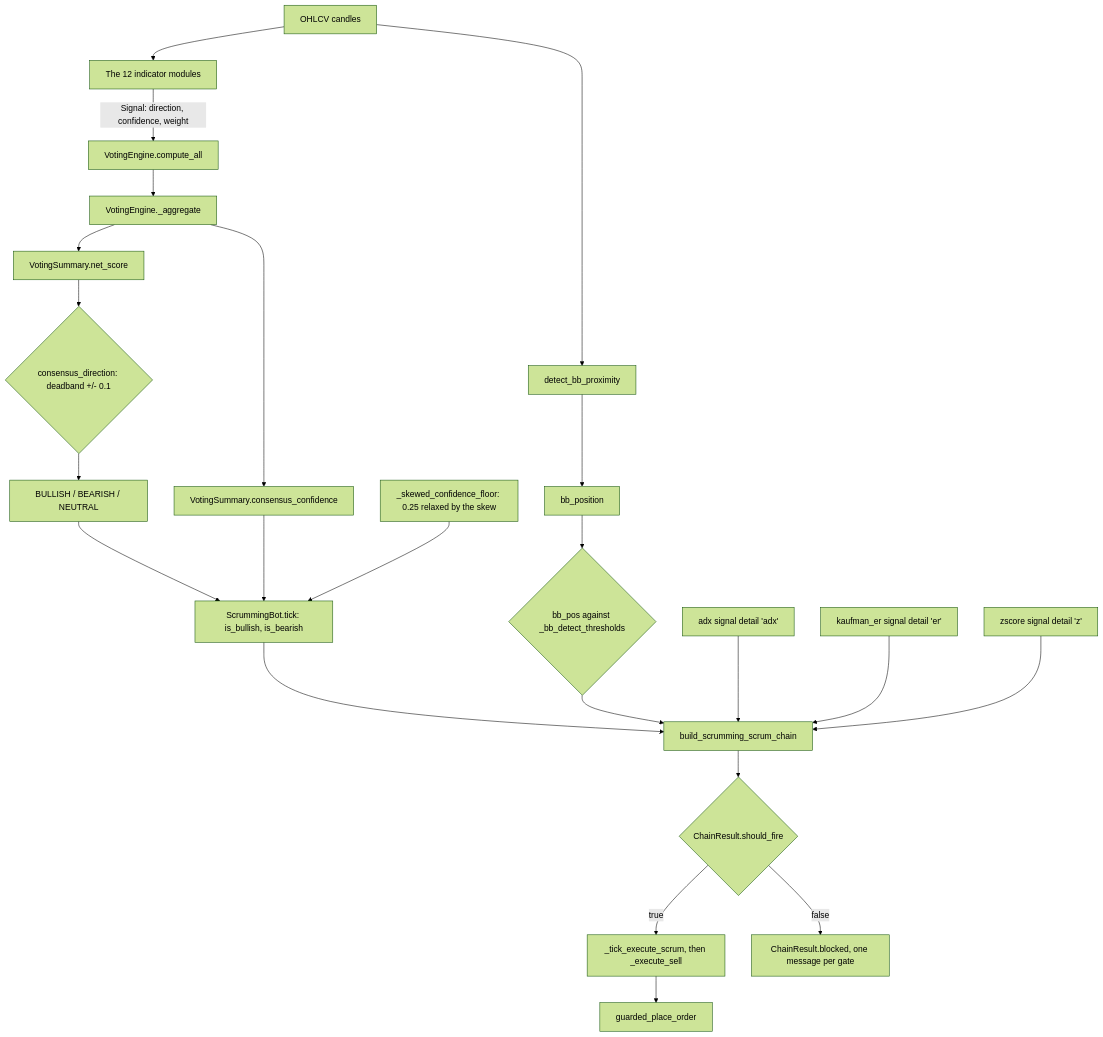
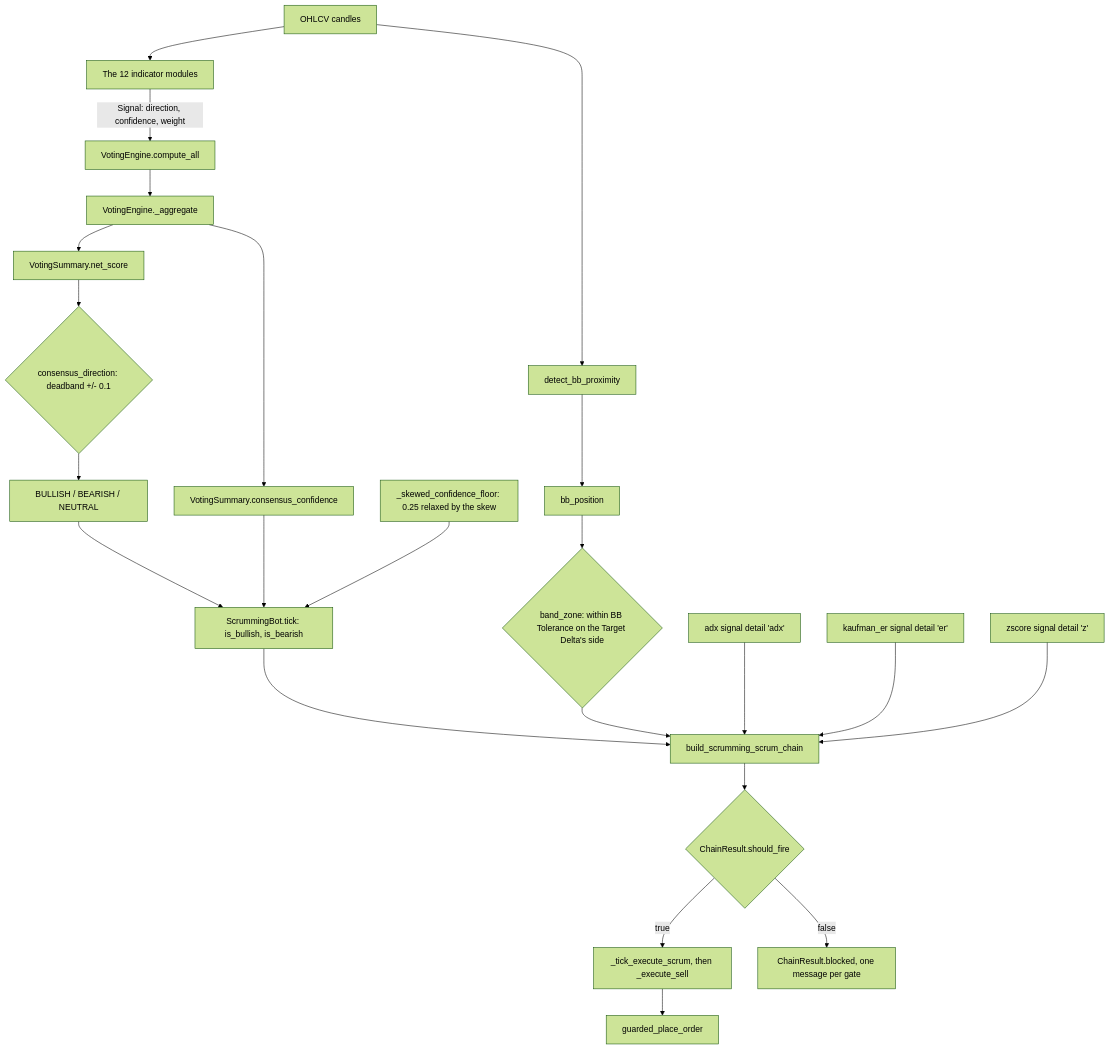
One commit to Acervator-LLC/ACERVATOR changed the diagram in docs/manual/07-indicators.md. Above: the diagram before and after it, drawn with Mermaid (forest theme). The commit also changed other lines of this file and 45 other files, not shown here.

First line of the commit message:
Inside BB Tolerance the trend gates pass, past Max Cartridge a fold buys the whole Target Delta, and Read Rate is a timeframe (#1440) (#1848)

````diff
--- a/docs/manual/07-indicators.md
+++ b/docs/manual/07-indicators.md
@@ -2438,25 +2438,25 @@
 ```mermaid
 flowchart TD
     CANDLES[OHLCV candles] --> IND[The 12 indicator modules]
     IND -->|"Signal: direction, confidence, weight"| ENGINE[VotingEngine.compute_all]
     ENGINE --> AGG[VotingEngine._aggregate]
     AGG --> NET[VotingSummary.net_score]
     AGG --> CONF[VotingSummary.consensus_confidence]
     NET --> DEAD{"consensus_direction: deadband +/- 0.1"}
     DEAD --> DIR["BULLISH / BEARISH / NEUTRAL"]
     DIR --> EFF["ScrummingBot.tick: is_bullish, is_bearish"]
     CONF --> EFF
     FLOOR["_skewed_confidence_floor: 0.25 relaxed by the skew"] --> EFF
     CANDLES --> BBP[detect_bb_proximity]
     BBP --> BBPOS[bb_position]
-    BBPOS --> DT{"bb_pos against _bb_detect_thresholds"}
+    BBPOS --> DT{"band_zone: within BB Tolerance on the Target Delta's side"}
     EFF --> CHAIN[build_scrumming_scrum_chain]
     DT --> CHAIN
     ADXD["adx signal detail 'adx'"] --> CHAIN
     ERD["kaufman_er signal detail 'er'"] --> CHAIN
     ZD["zscore signal detail 'z'"] --> CHAIN
     CHAIN --> RES{"ChainResult.should_fire"}
     RES -->|true| FIRE["_tick_execute_scrum, then _execute_sell"]
     RES -->|false| BLOCK["ChainResult.blocked, one message per gate"]
     FIRE --> ORDER[guarded_place_order]
 ```
````
